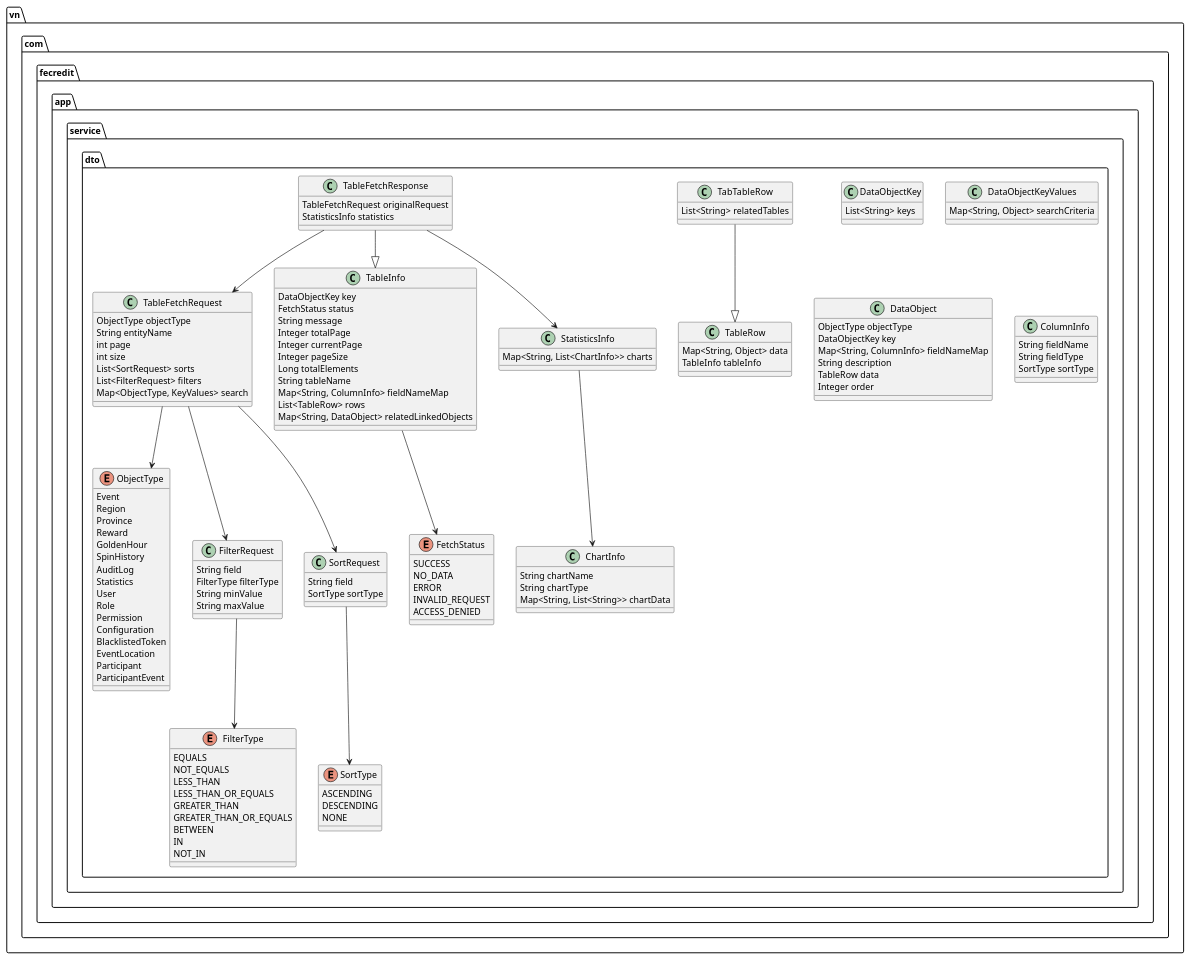
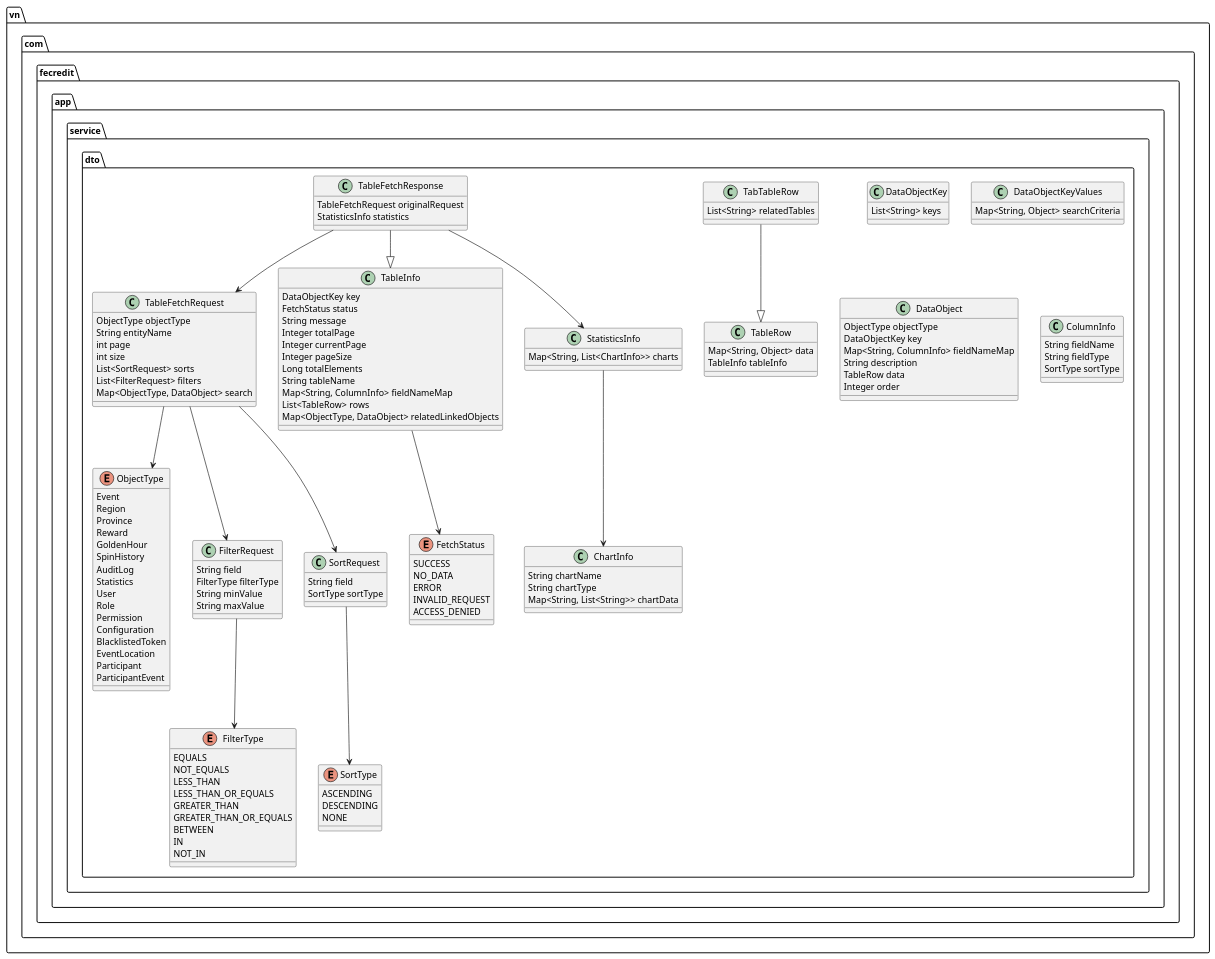
The diagram in docs/api/CommonAPIRequestAndResponse.puml (dnguyenminh/luckydraw-roo), drawn with PlantUML before and after one commit. The commit also changed 10 other files, not shown here.

```diff
--- a/docs/api/CommonAPIRequestAndResponse.puml
+++ b/docs/api/CommonAPIRequestAndResponse.puml
@@ -1,149 +1,149 @@
 @startuml CommonAPIRequestAndResponse
 
 ' Common API Request and Response Models
 
 namespace vn.com.fecredit.app.service.dto {
 
     enum ObjectType {
         Event
         Region
         Province
         Reward
         GoldenHour
         SpinHistory
         AuditLog
         Statistics
         User
         Role
         Permission
         Configuration
         BlacklistedToken
         EventLocation
         Participant
         ParticipantEvent
     }
 
     enum FetchStatus {
         SUCCESS
         NO_DATA
         ERROR
         INVALID_REQUEST
         ACCESS_DENIED
     }
 
     enum SortType {
         ASCENDING
         DESCENDING
         NONE
     }
 
     enum FilterType {
         EQUALS
         NOT_EQUALS
         LESS_THAN
         LESS_THAN_OR_EQUALS
         GREATER_THAN
         GREATER_THAN_OR_EQUALS
         BETWEEN
         IN
         NOT_IN
     }
 
     class DataObjectKey {
         List<String> keys
     }
 
     class DataObjectKeyValues {
         Map<String, Object> searchCriteria
     }
 
     class TableRow {
         Map<String, Object> data
         TableInfo tableInfo
     }
 
     class TabTableRow {
         List<String> relatedTables
     }
 
     class DataObject {
         ObjectType objectType
         DataObjectKey key
         Map<String, ColumnInfo> fieldNameMap
         String description
         TableRow data
         Integer order
     }
 
     class TableFetchRequest {
         ObjectType objectType
         String entityName
         int page
         int size
         List<SortRequest> sorts
         List<FilterRequest> filters
-        Map<ObjectType, KeyValues> search
+        Map<ObjectType, DataObject> search
     }
 
     class TableFetchResponse {
         TableFetchRequest originalRequest
         StatisticsInfo statistics
     }
 
     class TableInfo {
         DataObjectKey key
         FetchStatus status
         String message
         Integer totalPage
         Integer currentPage
         Integer pageSize
         Long totalElements
         String tableName
         Map<String, ColumnInfo> fieldNameMap
         List<TableRow> rows
-        Map<String, DataObject> relatedLinkedObjects
+        Map<ObjectType, DataObject> relatedLinkedObjects
     }
 
     class FilterRequest {
         String field
         FilterType filterType
         String minValue
         String maxValue
     }
 
     class SortRequest {
         String field
         SortType sortType
     }
 
     class ColumnInfo {
         String fieldName
         String fieldType
         SortType sortType
     }
 
     class StatisticsInfo {
         Map<String, List<ChartInfo>> charts
     }
 
     class ChartInfo {
         String chartName
         String chartType
         Map<String, List<String>> chartData
     }
 
 
     TableFetchResponse --|> TableInfo
     TabTableRow --|> TableRow
     TableFetchResponse --> TableFetchRequest
     TableFetchResponse --> StatisticsInfo
     TableFetchRequest --> ObjectType
     TableInfo --> FetchStatus
     TableFetchRequest --> SortRequest
     TableFetchRequest --> FilterRequest
     SortRequest --> SortType
     FilterRequest --> FilterType
     StatisticsInfo --> ChartInfo
 }
 
 @enduml
```
